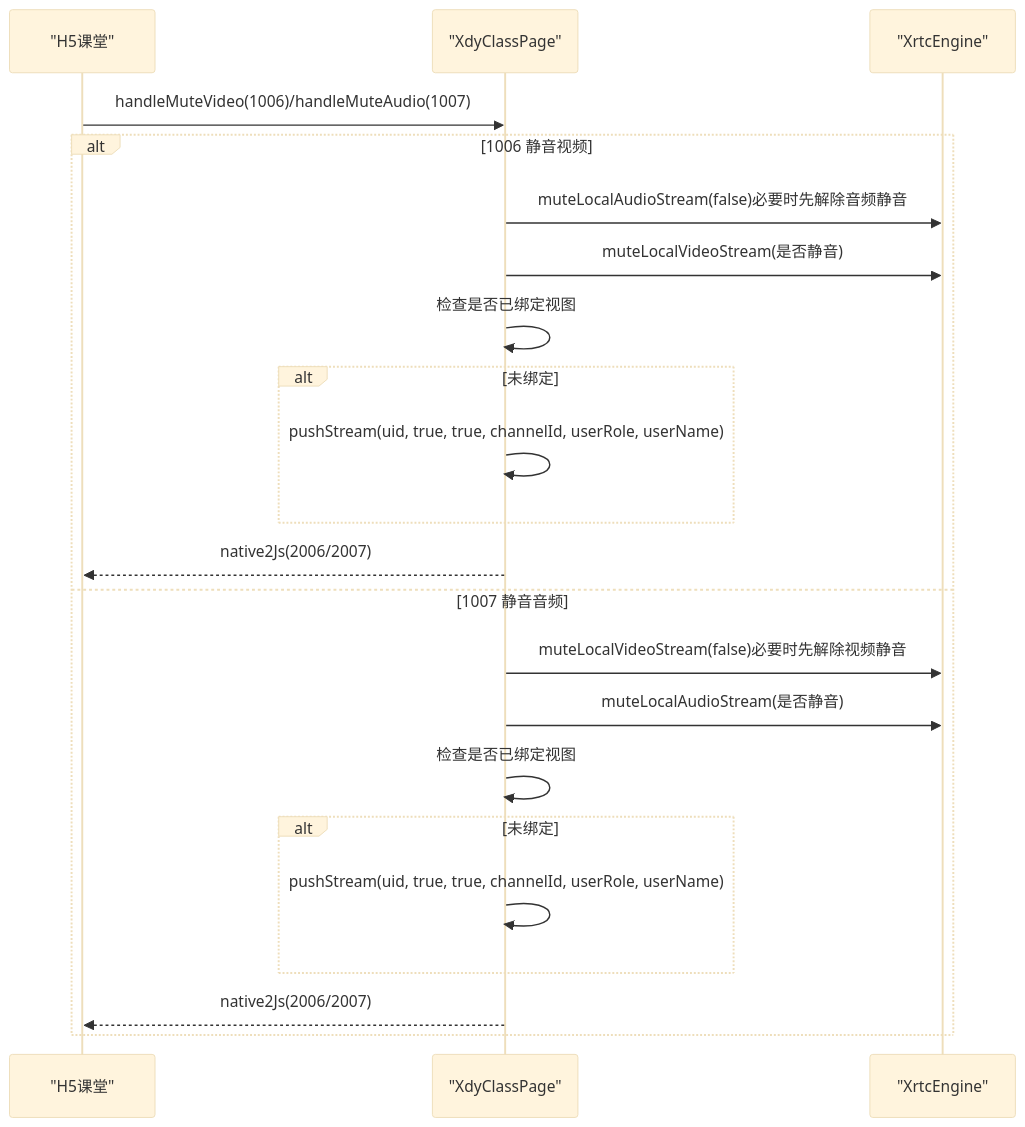
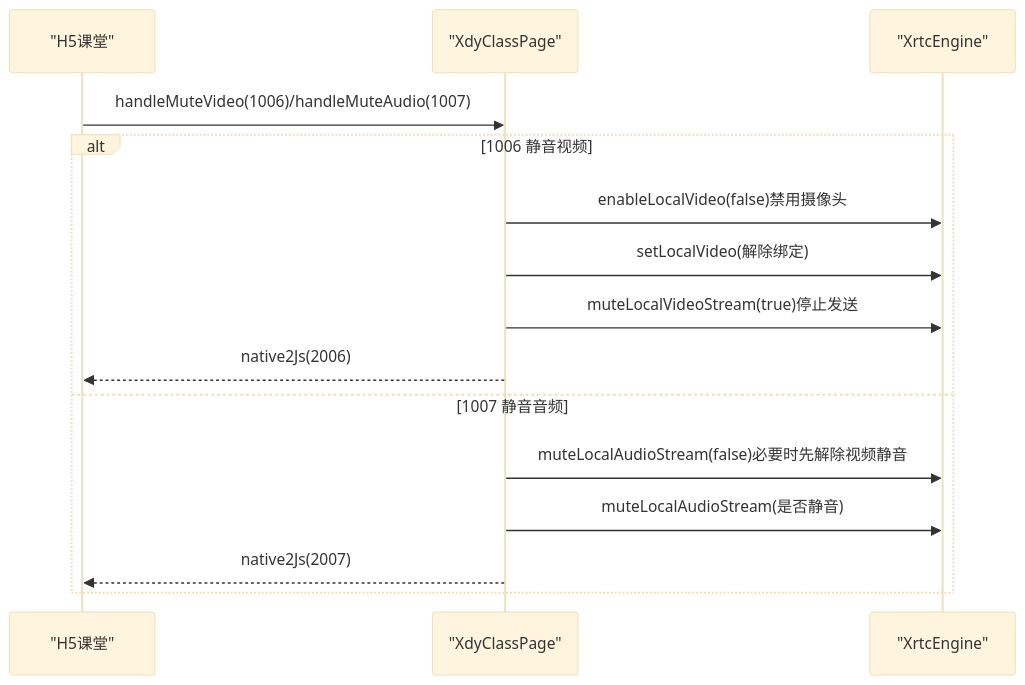
Before and after one commit to huz1xuan/harmony_XDY: the fourth of 9 diagrams in .qoder/repowiki/zh/content/主要功能模块/音视频通话系统/音视频推流控制.md, drawn with Mermaid (base theme). The commit also changed other lines of this file and 15 other files, not shown here.

````diff
--- a/.qoder/repowiki/zh/content/主要功能模块/音视频通话系统/音视频推流控制.md
+++ b/.qoder/repowiki/zh/content/主要功能模块/音视频通话系统/音视频推流控制.md
@@ -159,24 +173,17 @@
 ```mermaid
 sequenceDiagram
 participant H5 as "H5课堂"
 participant Page as "XdyClassPage"
 participant Engine as "XrtcEngine"
 H5->>Page : handleMuteVideo(1006)/handleMuteAudio(1007)
 alt 1006 静音视频
-Page->>Engine : muteLocalAudioStream(false)必要时先解除音频静音
-Page->>Engine : muteLocalVideoStream(是否静音)
-Page->>Page : 检查是否已绑定视图
-alt 未绑定
-Page->>Page : pushStream(uid, true, true, channelId, userRole, userName)
-end
-Page-->>H5 : native2Js(2006/2007)
+Page->>Engine : enableLocalVideo(false)禁用摄像头
+Page->>Engine : setLocalVideo(解除绑定)
+Page->>Engine : muteLocalVideoStream(true)停止发送
+Page-->>H5 : native2Js(2006)
 else 1007 静音音频
-Page->>Engine : muteLocalVideoStream(false)必要时先解除视频静音
+Page->>Engine : muteLocalAudioStream(false)必要时先解除视频静音
 Page->>Engine : muteLocalAudioStream(是否静音)
-Page->>Page : 检查是否已绑定视图
-alt 未绑定
-Page->>Page : pushStream(uid, true, true, channelId, userRole, userName)
-end
-Page-->>H5 : native2Js(2006/2007)
+Page-->>H5 : native2Js(2007)
 end
 ```
````
